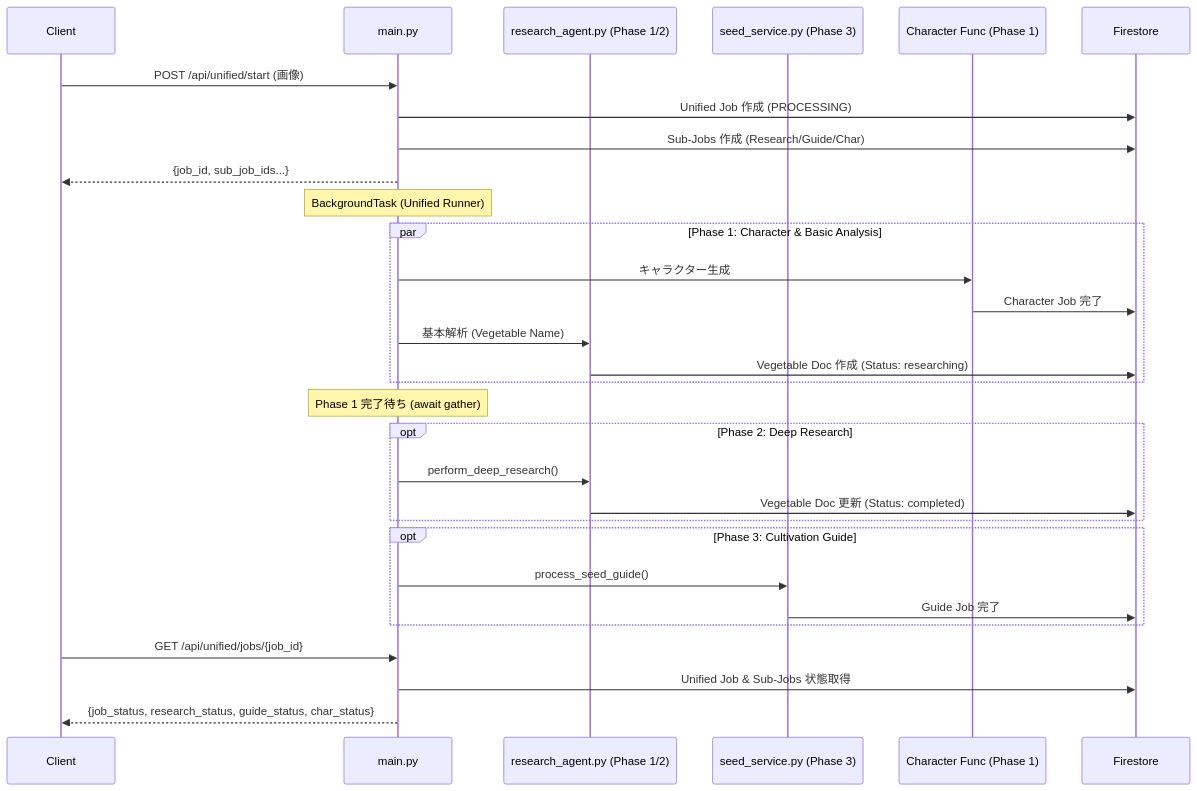
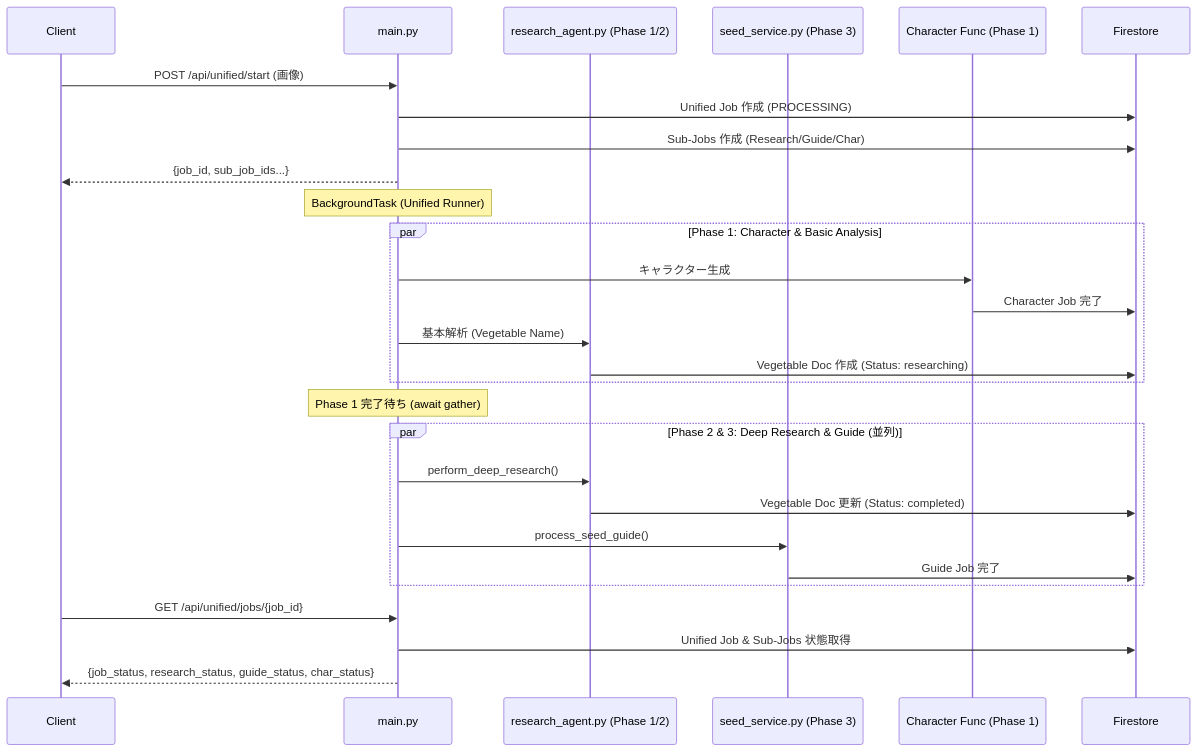
Before and after one commit to ai-agentic-hackathon-4/ai-batake-app: the second of 2 diagrams in backend/README.md, drawn with Mermaid. The commit also changed other lines of this file and 8 other files, not shown here.

````diff
--- a/backend/README.md
+++ b/backend/README.md
@@ -244,39 +250,36 @@
 ```mermaid
 sequenceDiagram
     participant C as Client
     participant M as main.py
     participant R as research_agent.py (Phase 1/2)
     participant S as seed_service.py (Phase 3)
     participant CF as Character Func (Phase 1)
     participant F as Firestore
 
     C->>M: POST /api/unified/start (画像)
     M->>F: Unified Job 作成 (PROCESSING)
     M->>F: Sub-Jobs 作成 (Research/Guide/Char)
     M-->>C: {job_id, sub_job_ids...}
 
     Note over M: BackgroundTask (Unified Runner)
 
     par Phase 1: Character & Basic Analysis
         M->>CF: キャラクター生成
         CF->>F: Character Job 完了
         M->>R: 基本解析 (Vegetable Name)
         R->>F: Vegetable Doc 作成 (Status: researching)
     end
     
     Note over M: Phase 1 完了待ち (await gather)
 
-    opt Phase 2: Deep Research
+    par Phase 2 & 3: Deep Research & Guide (並列)
         M->>R: perform_deep_research()
         R->>F: Vegetable Doc 更新 (Status: completed)
-    end
-
-    opt Phase 3: Cultivation Guide
         M->>S: process_seed_guide()
         S->>F: Guide Job 完了
     end
 
     C->>M: GET /api/unified/jobs/{job_id}
     M->>F: Unified Job & Sub-Jobs 状態取得
     M-->>C: {job_status, research_status, guide_status, char_status}
 ```
````
